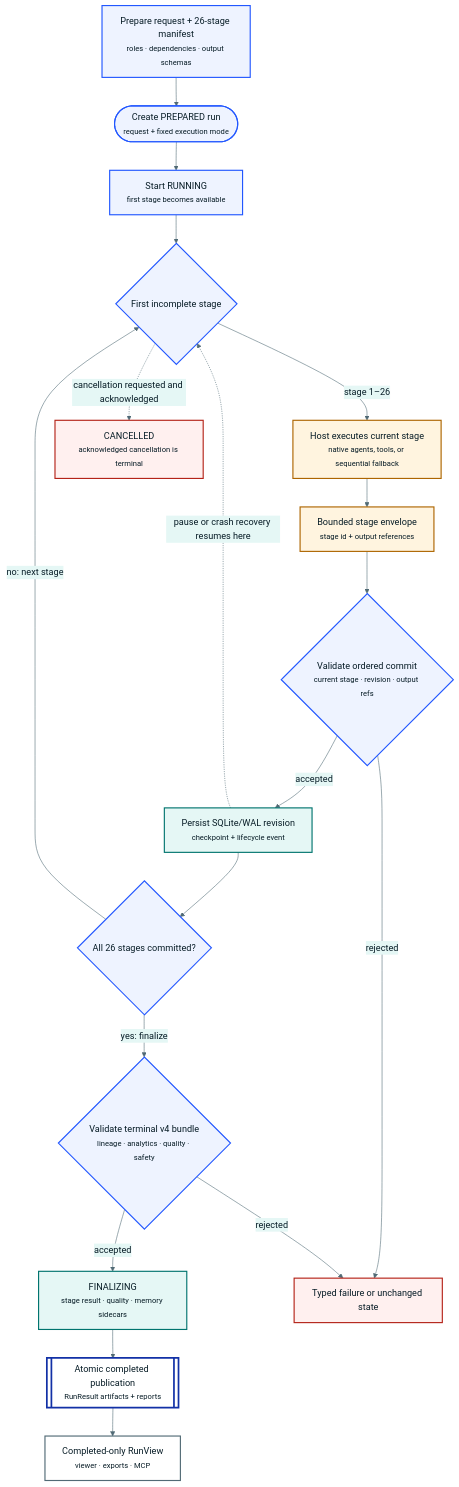
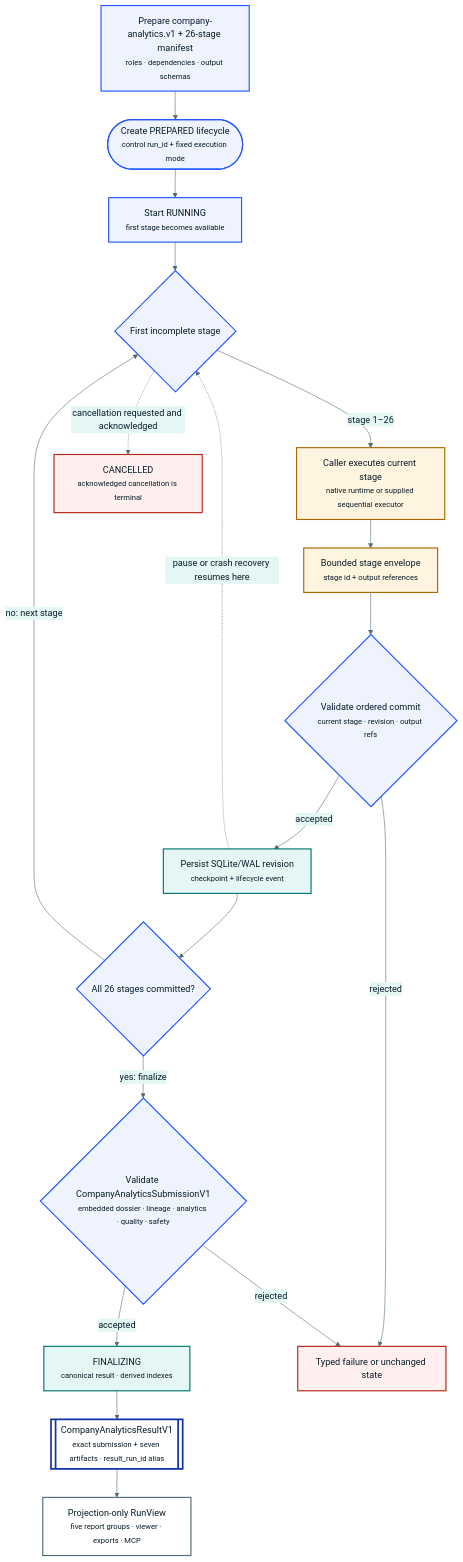
One commit to harshitagarwal2/StockResearchAgents changed the diagram in docs/diagrams/company-analytics-lifecycle.mmd. Above: the diagram before and after it, drawn with Mermaid. The commit also changed 354 other files, not shown here.

```diff
--- a/docs/diagrams/company-analytics-lifecycle.mmd
+++ b/docs/diagrams/company-analytics-lifecycle.mmd
@@ -1,46 +1,46 @@
 %%{init: {"theme":"base","fontFamily":"Avenir Next, Segoe UI, sans-serif","themeVariables":{"fontFamily":"Avenir Next, Segoe UI, sans-serif","primaryColor":"#eef3ff","primaryTextColor":"#071c26","primaryBorderColor":"#2257ff","lineColor":"#516a75","secondaryColor":"#e5f7f5","tertiaryColor":"#fff4df","background":"#f5f8f9","clusterBkg":"#ffffff","clusterBorder":"#96aab2"},"flowchart":{"curve":"basis","htmlLabels":true}}}%%
 flowchart TB
   accTitle: Durable Company Analytics lifecycle
-  accDescr: The coordinator fixes an execution mode before a run begins and accepts only the first incomplete stage. The host may do parallel preparation, but commits remain ordered. Each accepted commit creates a durable revision; pause and crash recovery resume from the first incomplete stage, while acknowledged cancellation is terminal. A valid terminal v4 submission enters a recoverable finalizing phase before canonical result publication.
+  accDescr: The coordinator fixes an execution mode before a run begins and accepts only the first incomplete stage. The caller runtime may do parallel preparation, but commits remain ordered. Each accepted commit creates a durable revision; pause and crash recovery resume from the first incomplete stage, while acknowledged cancellation is terminal. A valid terminal analytics submission enters a recoverable finalizing phase before canonical CompanyAnalyticsResultV1 publication.
 
-  PLAN["Prepare request + 26-stage manifest<br/><small>roles · dependencies · output schemas</small>"]
-  START(["Create PREPARED run<br/><small>request + fixed execution mode</small>"])
+  PLAN["Prepare company-analytics.v1 + 26-stage manifest<br/><small>roles · dependencies · output schemas</small>"]
+  START(["Create PREPARED lifecycle<br/><small>control run_id + fixed execution mode</small>"])
   RUN["Start RUNNING<br/><small>first stage becomes available</small>"]
   NEXT{"First incomplete stage"}
 
-  WORK["Host executes current stage<br/><small>native agents, tools, or sequential fallback</small>"]
+  WORK["Caller executes current stage<br/><small>native runtime or supplied sequential executor</small>"]
   ENVELOPE["Bounded stage envelope<br/><small>stage id + output references</small>"]
   COMMIT{"Validate ordered commit<br/><small>current stage · revision · output refs</small>"}
   SAVE["Persist SQLite/WAL revision<br/><small>checkpoint + lifecycle event</small>"]
   ALL{"All 26 stages committed?"}
-  FINAL{"Validate terminal v4 bundle<br/><small>lineage · analytics · quality · safety</small>"}
-  FINALIZING["FINALIZING<br/><small>stage result · quality · memory sidecars</small>"]
-  PUBLISH[["Atomic completed publication<br/><small>RunResult artifacts + reports</small>"]]
+  FINAL{"Validate CompanyAnalyticsSubmissionV1<br/><small>embedded dossier · lineage · analytics · quality · safety</small>"}
+  FINALIZING["FINALIZING<br/><small>canonical result · derived indexes</small>"]
+  PUBLISH[["CompanyAnalyticsResultV1<br/><small>exact submission + seven artifacts · result_run_id alias</small>"]]
 
   REJECT["Typed failure or unchanged state"]
   CANCEL["CANCELLED<br/><small>acknowledged cancellation is terminal</small>"]
-  READ["Completed-only RunView<br/><small>viewer · exports · MCP</small>"]
+  READ["Projection-only RunView<br/><small>five report groups · viewer · exports · MCP</small>"]
 
   PLAN --> START --> RUN --> NEXT
   NEXT -->|stage 1–26| WORK --> ENVELOPE --> COMMIT
   COMMIT -->|accepted| SAVE --> ALL
   ALL -->|no: next stage| NEXT
   ALL -->|yes: finalize| FINAL
   COMMIT -->|rejected| REJECT
   FINAL -->|accepted| FINALIZING --> PUBLISH --> READ
   FINAL -->|rejected| REJECT
   SAVE -. pause or crash recovery resumes here .-> NEXT
   NEXT -. cancellation requested and acknowledged .-> CANCEL
 
   classDef host fill:#fff4df,stroke:#ad6500,color:#071c26,stroke-width:2px;
   classDef port fill:#eef3ff,stroke:#2257ff,color:#071c26,stroke-width:2px;
   classDef durable fill:#e5f7f5,stroke:#00746e,color:#071c26,stroke-width:2px;
   classDef artifact fill:#ffffff,stroke:#1231a6,color:#071c26,stroke-width:3px;
   classDef rejected fill:#fff0ef,stroke:#b42318,color:#071c26,stroke-width:2px;
   classDef read fill:#ffffff,stroke:#516a75,color:#071c26,stroke-width:2px;
   class WORK,ENVELOPE host;
   class START,PLAN,RUN,NEXT,COMMIT,ALL,FINAL port;
   class SAVE,FINALIZING durable;
   class PUBLISH artifact;
   class REJECT,CANCEL rejected;
   class READ read;
```
